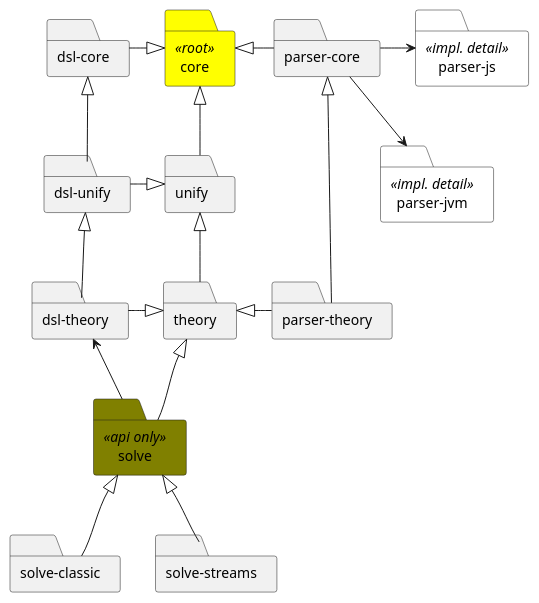
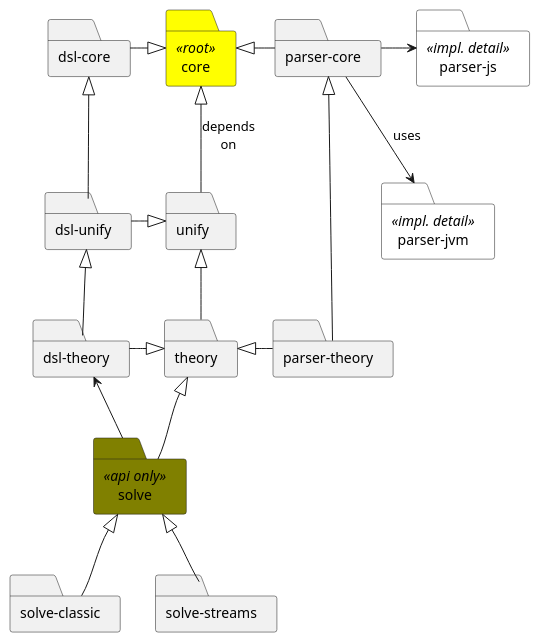
The diagram in documentation/src/orchid/resources/assets/diagrams/project-map.puml (tuProlog/2p-kt), drawn with PlantUML before and after one commit. The commit also changed 1 other file, not shown here.

```diff
--- a/documentation/src/orchid/resources/assets/diagrams/project-map.puml
+++ b/documentation/src/orchid/resources/assets/diagrams/project-map.puml
@@ -1,44 +1,44 @@
 @startuml
 top to bottom direction
 skinparam shadowing false
 
 skinparam folder {
   BackgroundColor<<api only>> olive
   BackgroundColor<<root>> yellow
   BackgroundColor<<impl. detail>> white
 }
 
 folder "core" <<root>>
 folder "unify"
 folder "theory"
 folder "dsl-core" as DC
 folder "dsl-unify" as DU
 folder "dsl-theory" as DT
 folder "solve" <<api only>>
 folder "solve-classic" as SC
 folder "solve-streams" as SS
 folder "parser-core" as PC
 folder "parser-jvm" <<impl. detail>> as PJVM
 folder "parser-js" <<impl. detail>> as PJS
 folder "parser-theory" as PT
 
-core <|-down- unify
+core <|-down- unify : depends\non
 unify <|-down- theory
 theory <|-down- solve
 solve <|-- SC
 solve <|-- SS
 
 DC -right-|> core
 DU -right-|> unify
 DU -up-|> DC
 DT -right-|> theory
 DT -up-|> DU
 DT <-- solve
 
 PC -left-|> core
 PT -left-|> theory
 PT -up-|> PC
 
-PC --> PJVM
+PC --> PJVM : uses
 PC -right-> PJS
 @enduml
```
